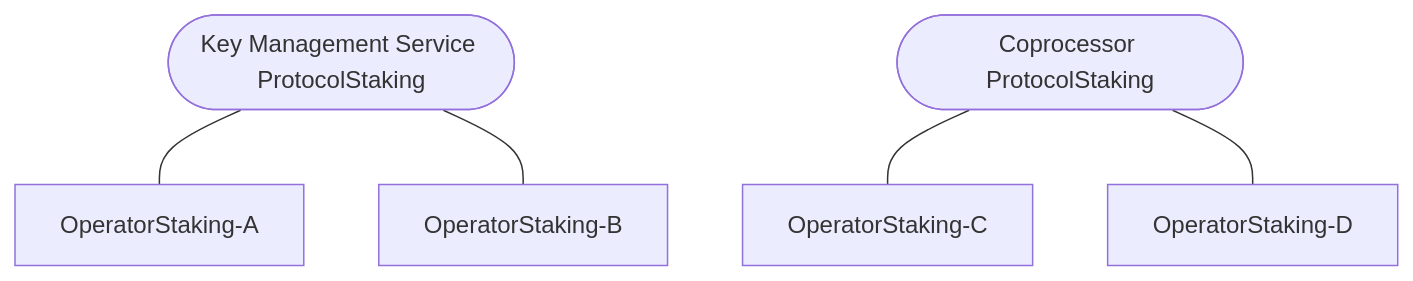
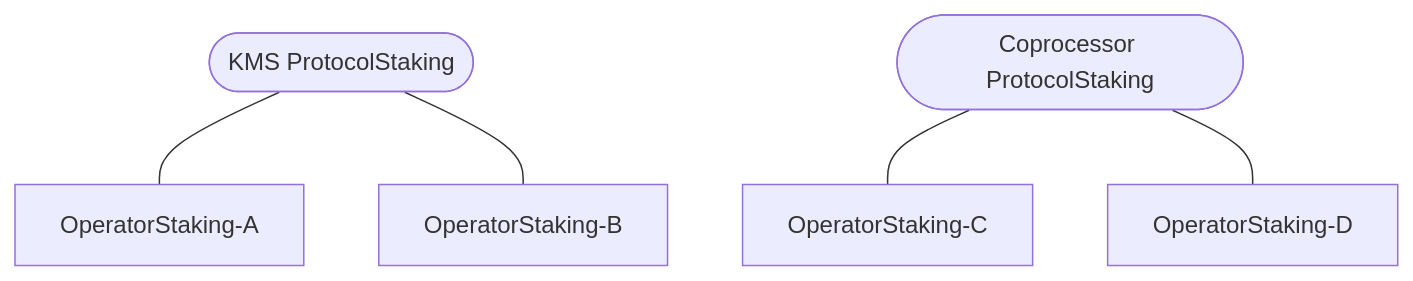
Before and after one commit to zama-ai/protocol-apps: the second of 5 diagrams in docs/staking.md, drawn with Mermaid.

Commit message:
docs: rename staking domain flowchart node for KMS

````diff
--- a/docs/staking.md
+++ b/docs/staking.md
@@ -48,10 +48,11 @@
 ```mermaid
 flowchart TD
+    classDef protocolNode width:220px
     %% KMS Branch
-    KPS([Key Management Service ProtocolStaking]) --- KOP_A[OperatorStaking-A]
+    KPS([KMS ProtocolStaking]):::protocolNode --- KOP_A[OperatorStaking-A]
     KPS --- KOP_B[OperatorStaking-B]
     
     %% Coprocessor Branch
-    CPS([Coprocessor ProtocolStaking]) --- COP_A[OperatorStaking-C]
+    CPS([Coprocessor ProtocolStaking]):::protocolNode --- COP_A[OperatorStaking-C]
     CPS --- COP_B[OperatorStaking-D]
 ```
````
